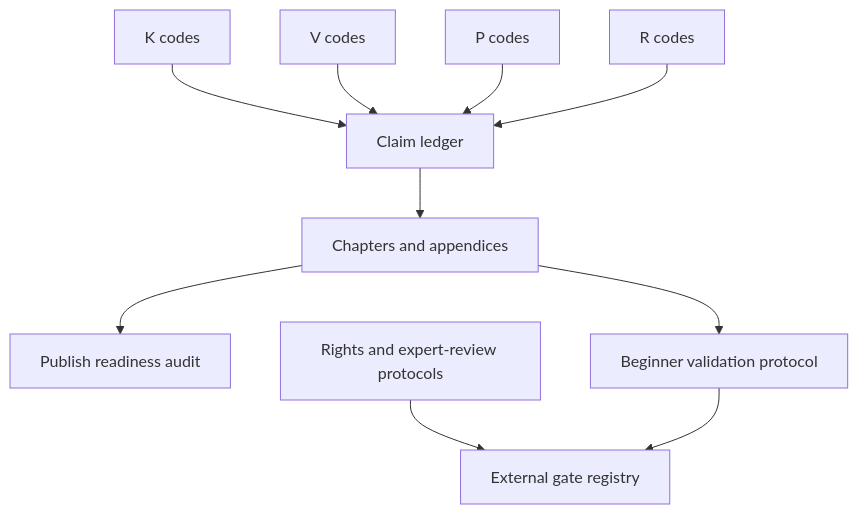
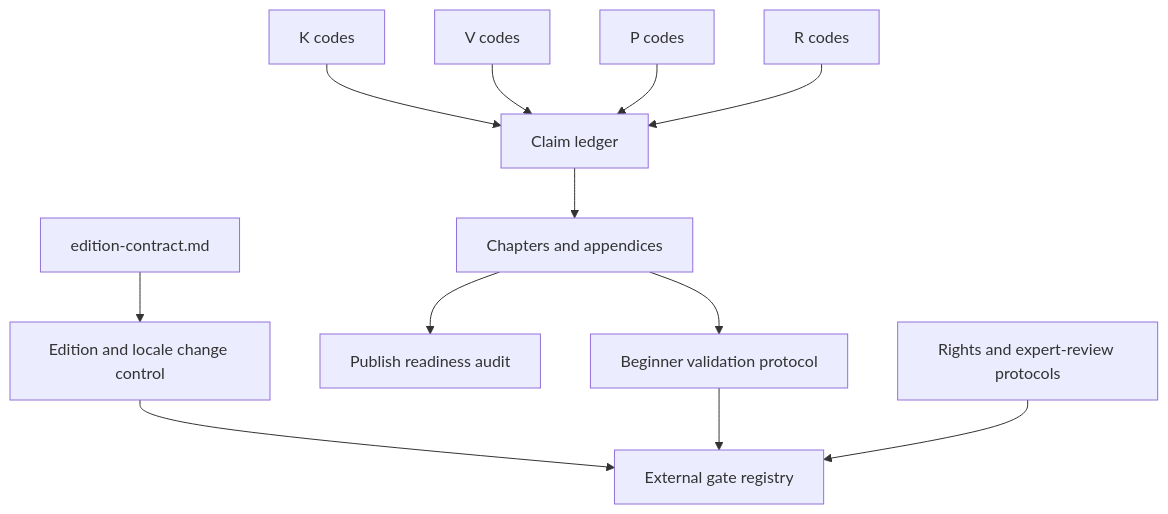
The second of 3 diagrams in book/references/AGENTS.md (streamentry/streamentry), drawn with Mermaid before and after one commit. The commit also changed other lines of this file and 30 other files, not shown here.

Commit message:
Centralize edition and locale publication contract

````diff
--- a/book/references/AGENTS.md
+++ b/book/references/AGENTS.md
@@ -51,12 +55,14 @@
 ```mermaid
 flowchart TB
+  D["edition-contract.md"] --> E["Edition and locale change control"]
   K["K codes"] --> L["Claim ledger"]
   V["V codes"] --> L
   P["P codes"] --> L
   R["R codes"] --> L
   L --> C["Chapters and appendices"]
   C --> Q["Publish readiness audit"]
   C --> U["Beginner validation protocol"]
   X["Rights and expert-review protocols"] --> G["External gate registry"]
+  E --> G
   U --> G
 ```
````
